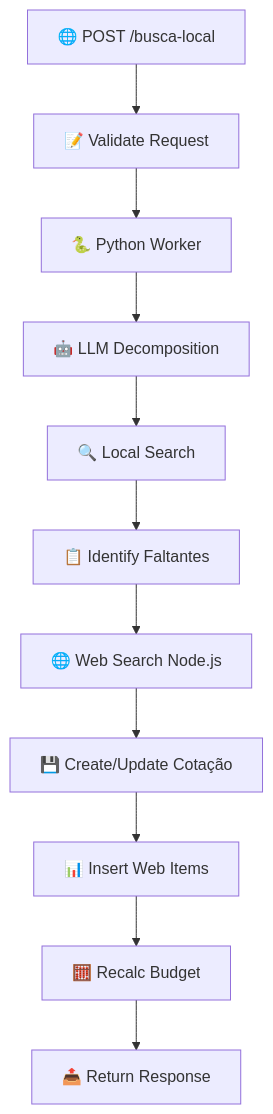
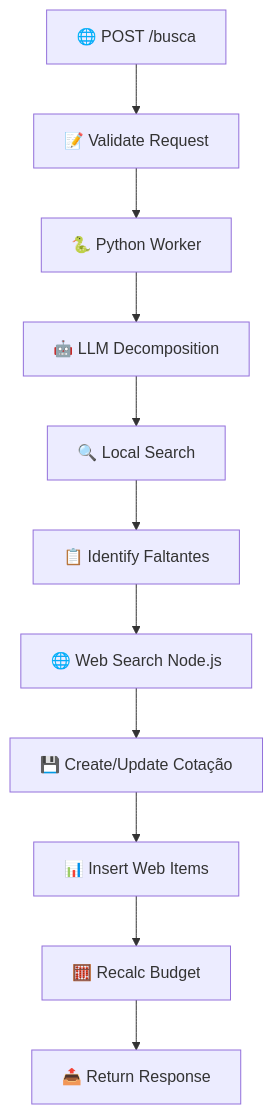
The second of 2 diagrams in FLUXO_BUSCA_COTACAO.md (smartquote-rcs/smartquote-backend), drawn with Mermaid before and after one commit. The commit also changed other lines of this file and 21 other files, not shown here.

````diff
--- a/FLUXO_BUSCA_COTACAO.md
+++ b/FLUXO_BUSCA_COTACAO.md
@@ -270,13 +270,13 @@
 ```mermaid
 graph TD
-    A[🌐 POST /busca-local] --> B[📝 Validate Request]
+    A[🌐 POST /busca] --> B[📝 Validate Request]
     B --> C[🐍 Python Worker]
     C --> D[🤖 LLM Decomposition] 
     D --> E[🔍 Local Search]
     E --> F[📋 Identify Faltantes]
     F --> G[🌐 Web Search Node.js]
     G --> H[💾 Create/Update Cotação]
     H --> I[📊 Insert Web Items]
     I --> J[🧮 Recalc Budget]
     J --> K[📤 Return Response]
 ```
````
